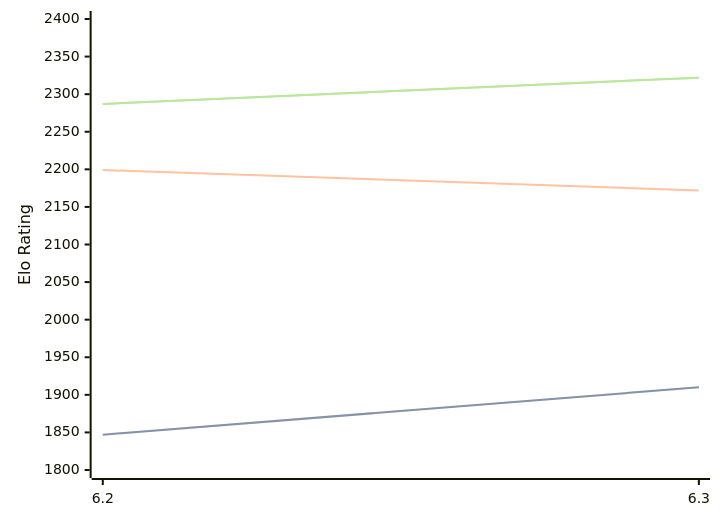
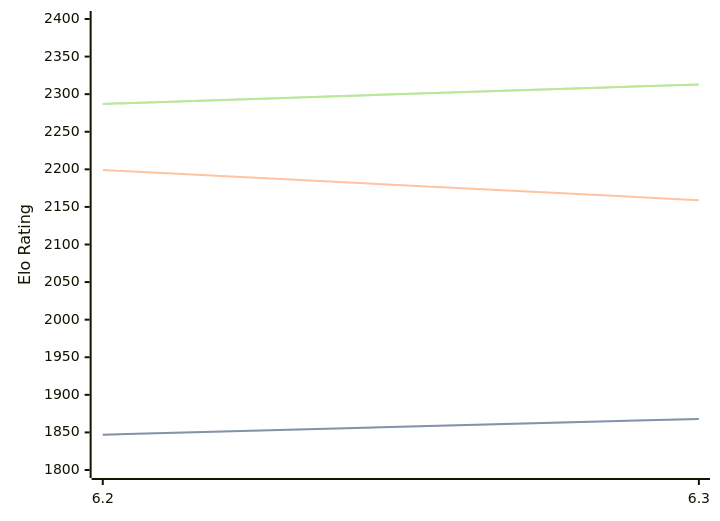
The first of 3 diagrams in engines/chess4j.md (computer-chess-index/cci), drawn with Mermaid before and after one commit. The commit also changed other lines of this file, not shown here.

Commit message:
Update CCI Ratings (ELO VLTC) - 2026-06-17

````diff
--- a/engines/chess4j.md
+++ b/engines/chess4j.md
@@ -38,11 +38,11 @@
 ```mermaid
 %%{init: {"theme":"base","themeVariables":{"seriesColors:['#a3a3a3','#222221','#faa371']}}}%%
 xychart-beta
   x-axis ["6.2", "6.3"]
   y-axis "Elo Rating" 1800 --> 2400
-  line "STC (8.0+0.08s)" [1847, 1910]
-  line "STC (8.0+0.08s)" [1847, 1910]
-  line "LTC (60.0+0.60s)" [2199, 2172]
-  line "VLTC (2m24s+1.12s)" [2287, 2322]
-  line "VLTC (2m24s+1.12s)" [2287, 2322]
+  line "STC (8.0+0.08s)" [1847, 1868]
+  line "STC (8.0+0.08s)" [1847, 1868]
+  line "LTC (60.0+0.60s)" [2199, 2159]
+  line "VLTC (2m24s+1.12s)" [2287, 2313]
+  line "VLTC (2m24s+1.12s)" [2287, 2313]
 ```
````
